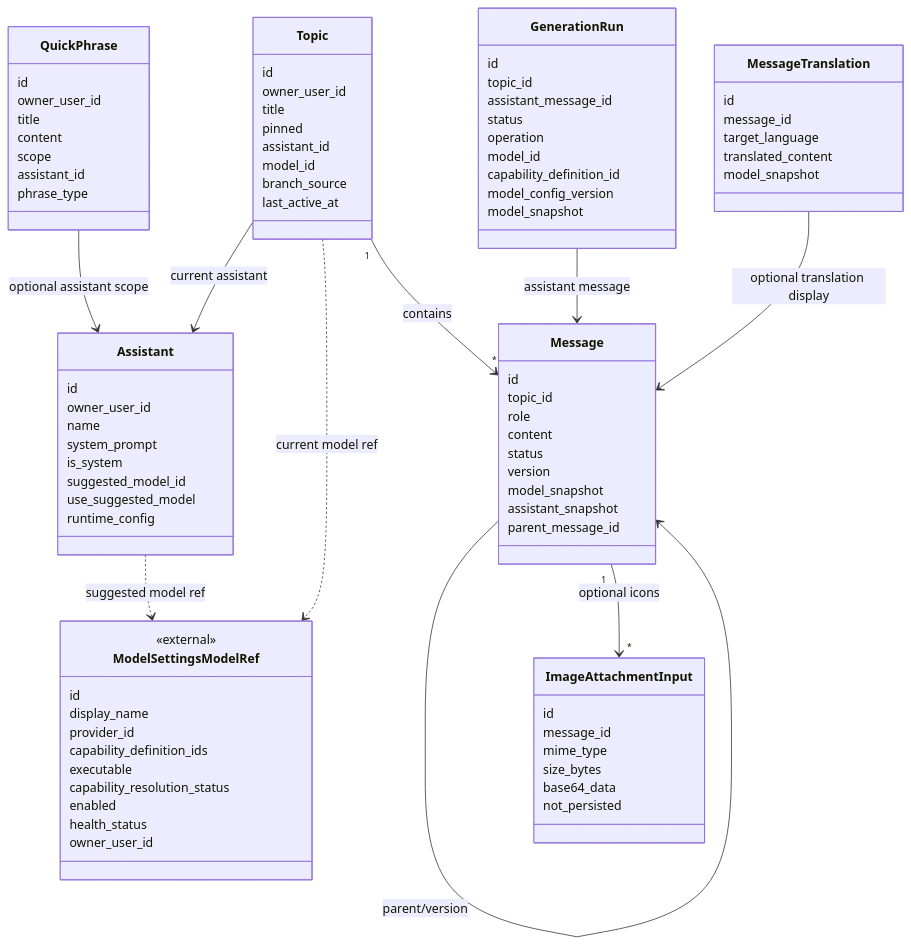
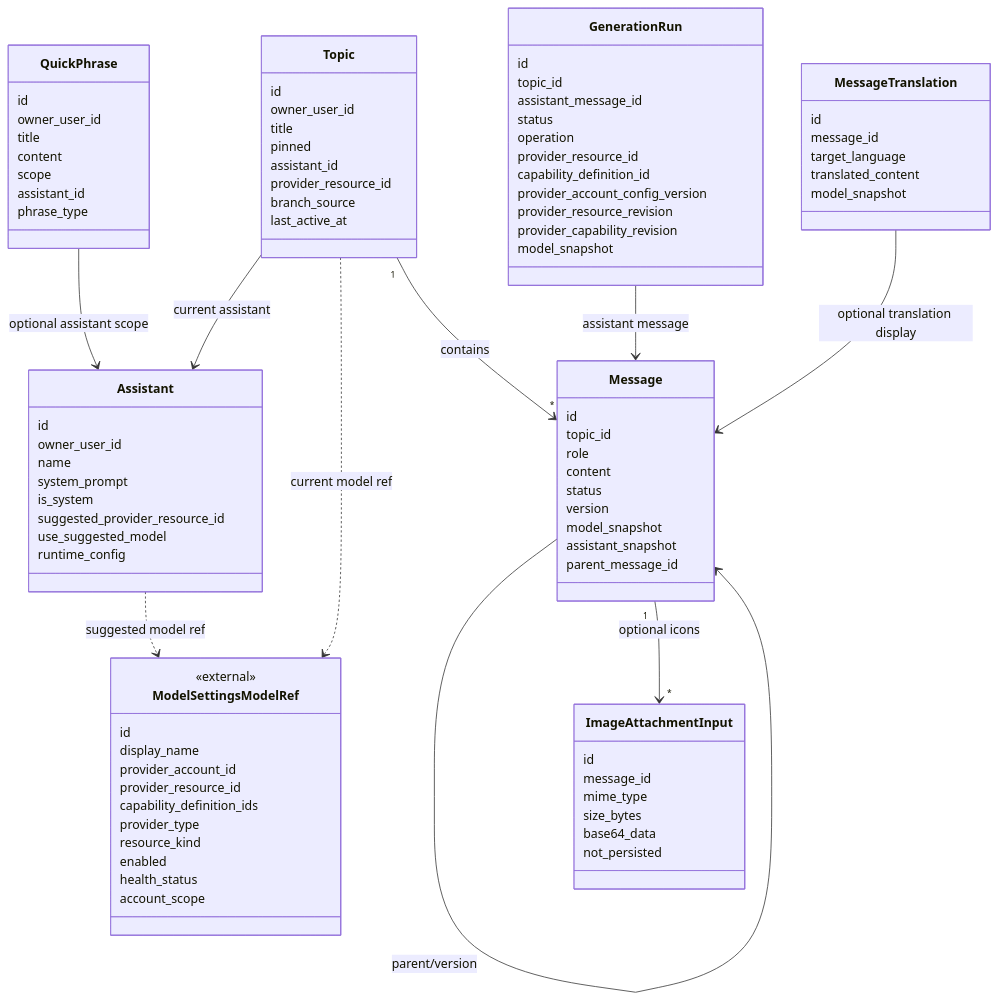
The first of 11 diagrams in 00_product/domains/ai-chatting/product-spec.md (wangweihong/omnimam-spec), drawn with Mermaid before and after one commit. The commit also changed other lines of this file and 67 other files, not shown here.

Commit message:
spec: implement unified provider account architecture

```diff
--- a/00_product/domains/ai-chatting/product-spec.md
+++ b/00_product/domains/ai-chatting/product-spec.md
@@ -24,13 +24,14 @@
     <<external>>
     id
     display_name
-    provider_id
+    provider_account_id
+    provider_resource_id
     capability_definition_ids
-    executable
-    capability_resolution_status
+    provider_type
+    resource_kind
     enabled
     health_status
-    owner_user_id
+    account_scope
   }
 
   class Assistant {
@@ -39,7 +40,7 @@
     name
     system_prompt
     is_system
-    suggested_model_id
+    suggested_provider_resource_id
     use_suggested_model
     runtime_config
   }
@@ -50,7 +51,7 @@
     title
     pinned
     assistant_id
-    model_id
+    provider_resource_id
     branch_source
     last_active_at
   }
@@ -82,9 +83,11 @@
     assistant_message_id
     status
     operation
-    model_id
+    provider_resource_id
     capability_definition_id
-    model_config_version
+    provider_account_config_version
+    provider_resource_revision
+    provider_capability_revision
     model_snapshot
   }
 
```
